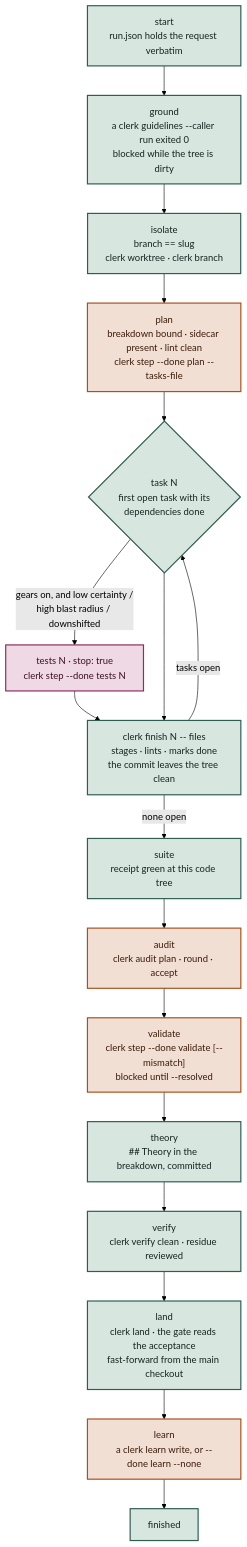
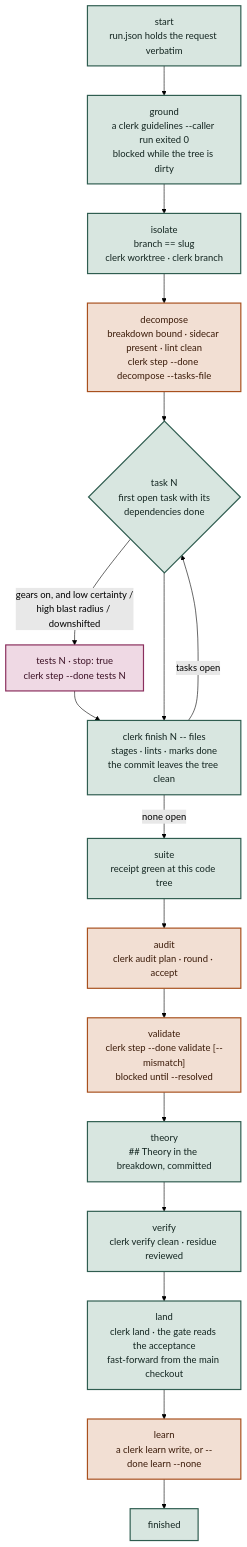
One commit to hpcsc/dotfiles changed the second of 5 diagrams in link/common/dot-config/.config/ai/method/README.md. Above: the diagram before and after it, drawn with Mermaid (forest theme). The commit also changed other lines of this file and 11 other files, not shown here.

First line of the commit message:
Rename the plan step to decompose

````diff
--- a/link/common/dot-config/.config/ai/method/README.md
+++ b/link/common/dot-config/.config/ai/method/README.md
@@ -118,25 +118,25 @@
 ```mermaid
 flowchart TD
   START["start<br/>run.json holds the request verbatim"] --> GROUND
   GROUND["ground<br/>a clerk guidelines --caller run exited 0<br/>blocked while the tree is dirty"] --> ISOLATE
   ISOLATE["isolate<br/>branch == slug<br/>clerk worktree · clerk branch"] --> PLAN
-  PLAN["plan<br/>breakdown bound · sidecar present · lint clean<br/>clerk step --done plan --tasks-file"] --> TASK
+  PLAN["decompose<br/>breakdown bound · sidecar present · lint clean<br/>clerk step --done decompose --tasks-file"] --> TASK
   TASK{"task N<br/>first open task with its<br/>dependencies done"} -->|"gears on, and low certainty /<br/>high blast radius / downshifted"| TESTS
   TESTS["tests N · stop: true<br/>clerk step --done tests N"] --> BUILD
   TASK --> BUILD["clerk finish N -- files<br/>stages · lints · marks done<br/>the commit leaves the tree clean"]
   BUILD -->|"tasks open"| TASK
   BUILD -->|"none open"| SUITE
   SUITE["suite<br/>receipt green at this code tree"] --> AUDIT
   AUDIT["audit<br/>clerk audit plan · round · accept"] --> VALIDATE
   VALIDATE["validate<br/>clerk step --done validate [--mismatch]<br/>blocked until --resolved"] --> THEORY
   THEORY["theory<br/>## Theory in the breakdown, committed"] --> VERIFY
   VERIFY["verify<br/>clerk verify clean · residue reviewed"] --> LAND
   LAND["land<br/>clerk land · the gate reads the acceptance<br/>fast-forward from the main checkout"] --> LEARN
   LEARN["learn<br/>a clerk learn write, or --done learn --none"] --> FIN["finished"]
   classDef derived fill:#D8E6E0,stroke:#2F5D50,stroke-width:2px,color:#132520
   classDef asserted fill:#F2DFD3,stroke:#A8501E,stroke-width:2px,color:#3A1A08
   classDef gate fill:#EFD9E4,stroke:#8A2E5D,stroke-width:2px,color:#3A1024
   class START,GROUND,ISOLATE,TASK,BUILD,SUITE,THEORY,VERIFY,LAND,FIN derived
   class PLAN,AUDIT,VALIDATE,LEARN asserted
   class TESTS gate
 ```
````
